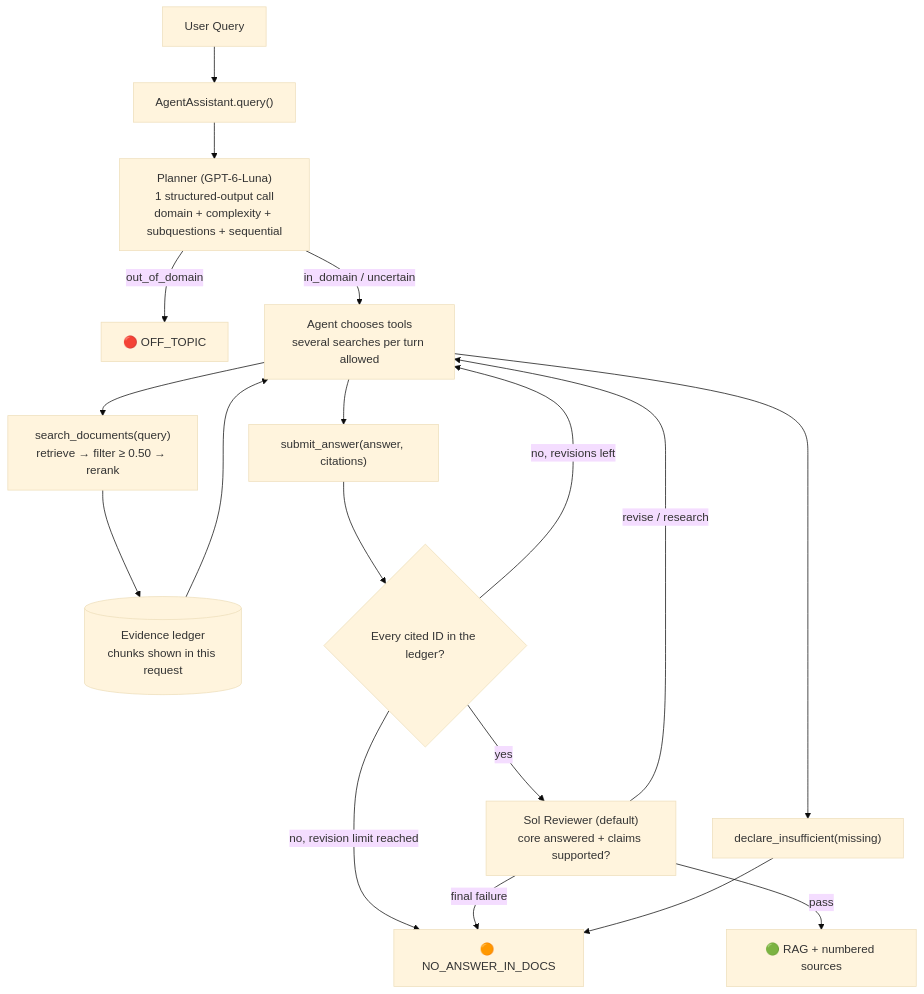
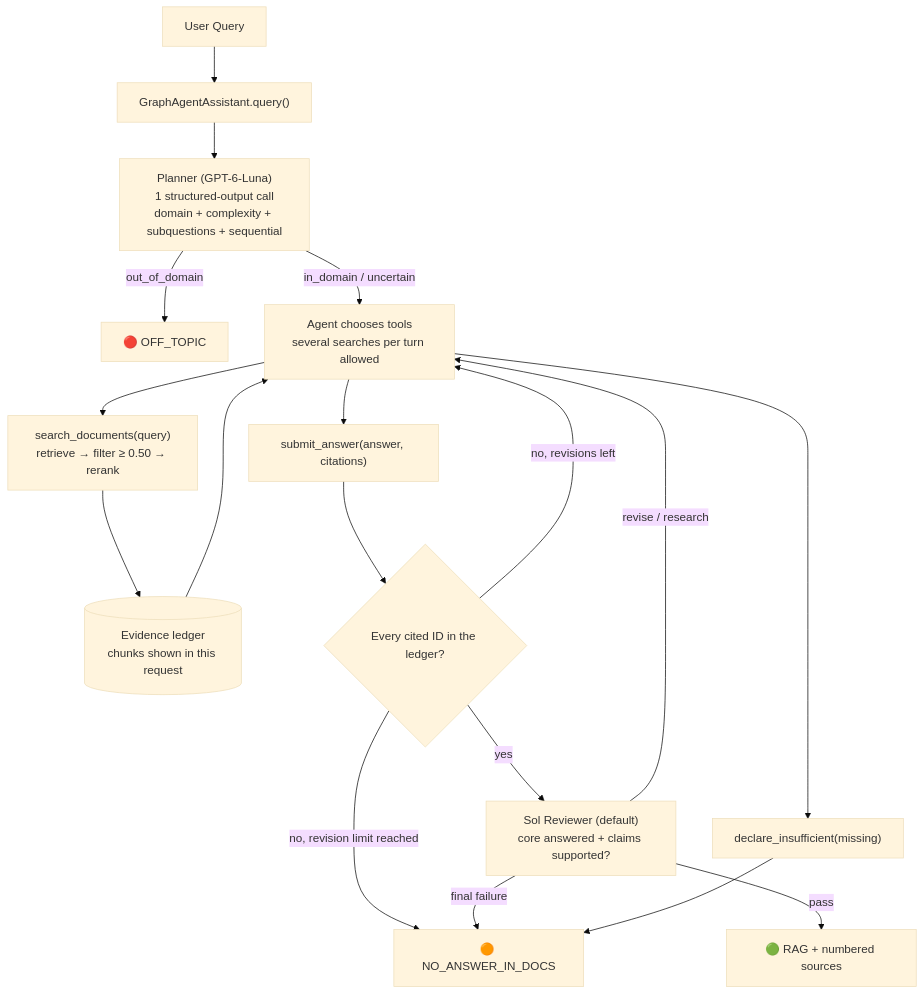
One commit to ChangYeongJeong1103/oled-assistant changed the second of 2 diagrams in README.md. Above: the diagram before and after it, drawn with Mermaid (base theme). The commit also changed other lines of this file and 41 other files, not shown here.

````diff
--- a/README.md
+++ b/README.md
@@ -163,19 +164,19 @@
 ```mermaid
 graph TD
-    Q[User Query] --> Runtime["AgentAssistant.query()"]
+    Q[User Query] --> Runtime["GraphAgentAssistant.query()"]
     Runtime --> Plan["Planner (GPT-6-Luna)<br/>1 structured-output call<br/>domain + complexity + subquestions + sequential"]
     Plan -->|out_of_domain| Off[🔴 OFF_TOPIC]
     Plan -->|in_domain / uncertain| LLM[Agent chooses tools<br/>several searches per turn allowed]
     LLM --> S["search_documents(query)<br/>retrieve → filter ≥ 0.50 → rerank"]
     S --> Ledger[(Evidence ledger<br/>chunks shown in this request)]
     Ledger --> LLM
     LLM --> Sub["submit_answer(answer, citations)"]
     Sub --> V{Every cited ID in the ledger?}
     V -->|no, revisions left| LLM
     V -->|no, revision limit reached| NA
     V -->|yes| Review["Sol Reviewer (default)<br/>core answered + claims supported?"]
     Review -->|pass| RAG[🟢 RAG + numbered sources]
     Review -->|revise / research| LLM
     Review -->|final failure| NA
     LLM --> D["declare_insufficient(missing)"] --> NA[🟠 NO_ANSWER_IN_DOCS]
 ```
````
